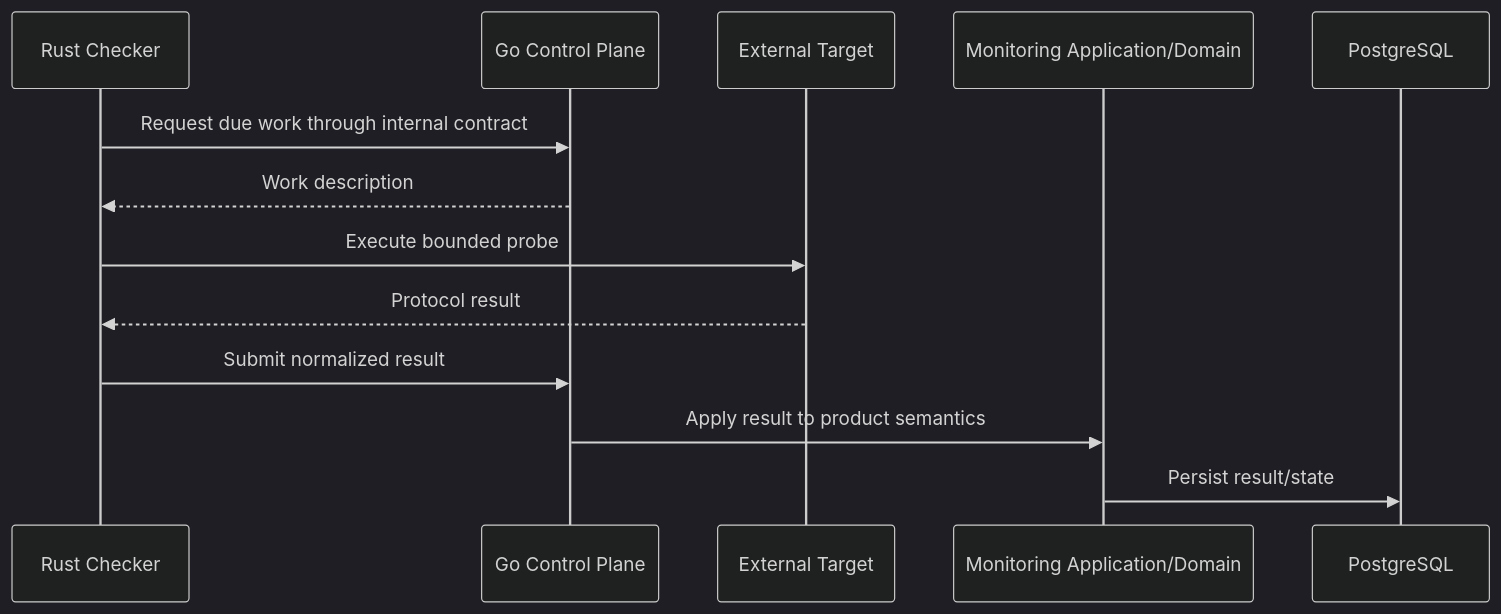
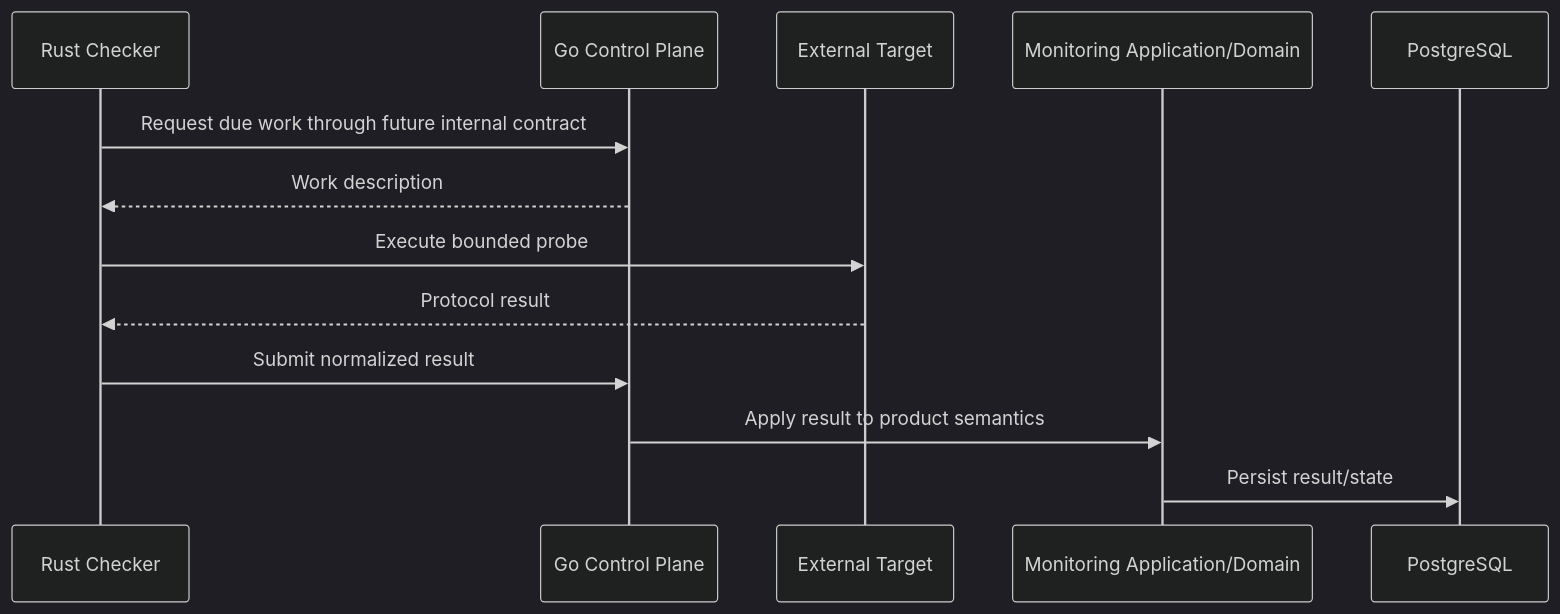
One commit to kefyusuf/uptime-lab changed the second of 4 diagrams in docs/architecture/runtime-flows.md. Above: the diagram before and after it, drawn with Mermaid (dark theme). The commit also changed other lines of this file and 18 other files, not shown here.

````diff
--- a/docs/architecture/runtime-flows.md
+++ b/docs/architecture/runtime-flows.md
@@ -35,16 +35,16 @@
 ```mermaid
 sequenceDiagram
     participant Rust as Rust Checker
     participant Go as Go Control Plane
     participant Target as External Target
     participant Monitoring as Monitoring Application/Domain
     participant DB as PostgreSQL
 
-    Rust->>Go: Request due work through internal contract
+    Rust->>Go: Request due work through future internal contract
     Go-->>Rust: Work description
     Rust->>Target: Execute bounded probe
     Target-->>Rust: Protocol result
     Rust->>Go: Submit normalized result
     Go->>Monitoring: Apply result to product semantics
     Monitoring->>DB: Persist result/state
 ```
````
